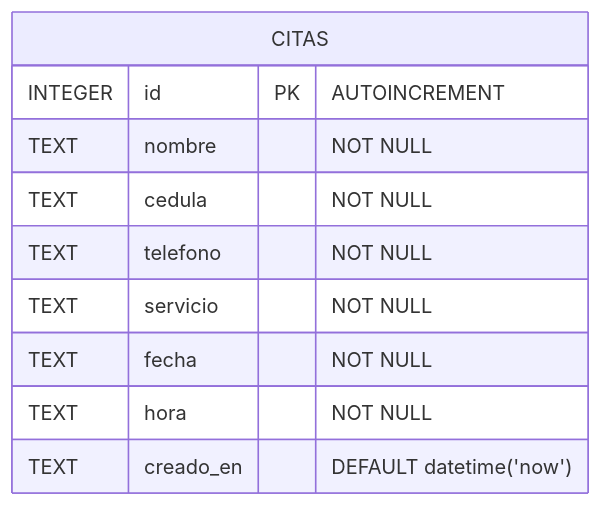
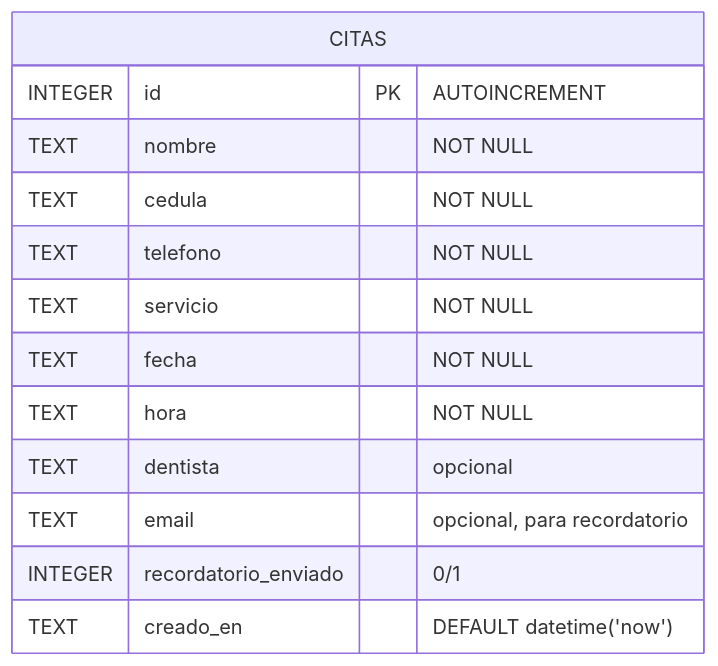
The third of 4 diagrams in README.md (Hisantirness/chatbot-clinica-dental), drawn with Mermaid before and after one commit. The commit also changed other lines of this file and 13 other files, not shown here.

````diff
--- a/README.md
+++ b/README.md
@@ -96,13 +99,16 @@
 ```mermaid
 erDiagram
     CITAS {
         INTEGER id PK "AUTOINCREMENT"
         TEXT nombre "NOT NULL"
         TEXT cedula "NOT NULL"
         TEXT telefono "NOT NULL"
         TEXT servicio "NOT NULL"
         TEXT fecha "NOT NULL"
         TEXT hora "NOT NULL"
+        TEXT dentista "opcional"
+        TEXT email "opcional, para recordatorio"
+        INTEGER recordatorio_enviado "0/1"
         TEXT creado_en "DEFAULT datetime('now')"
     }
 ```
````
